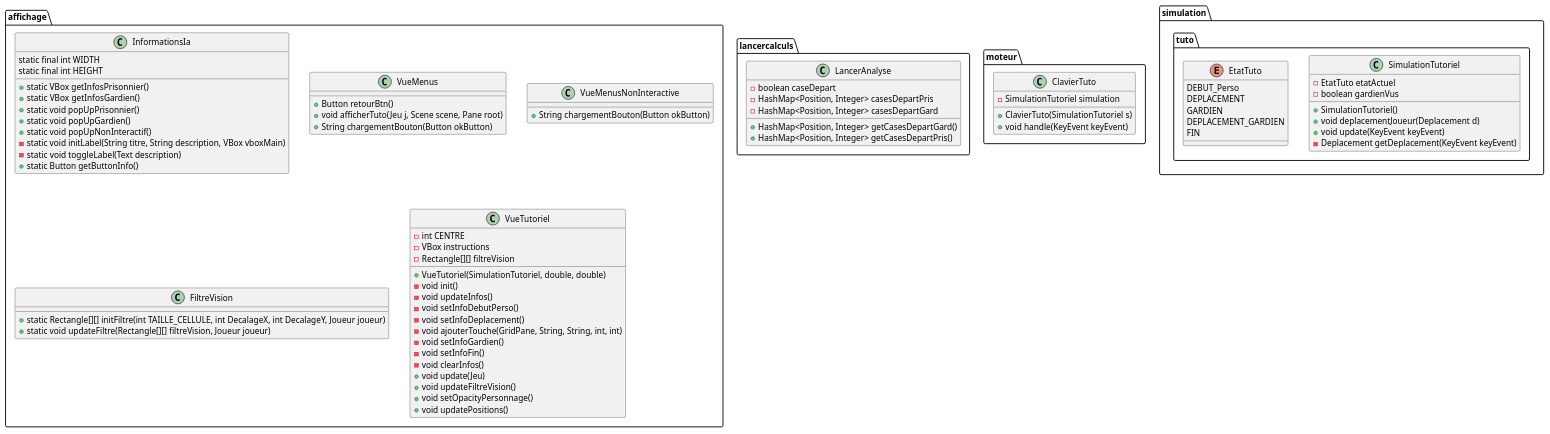
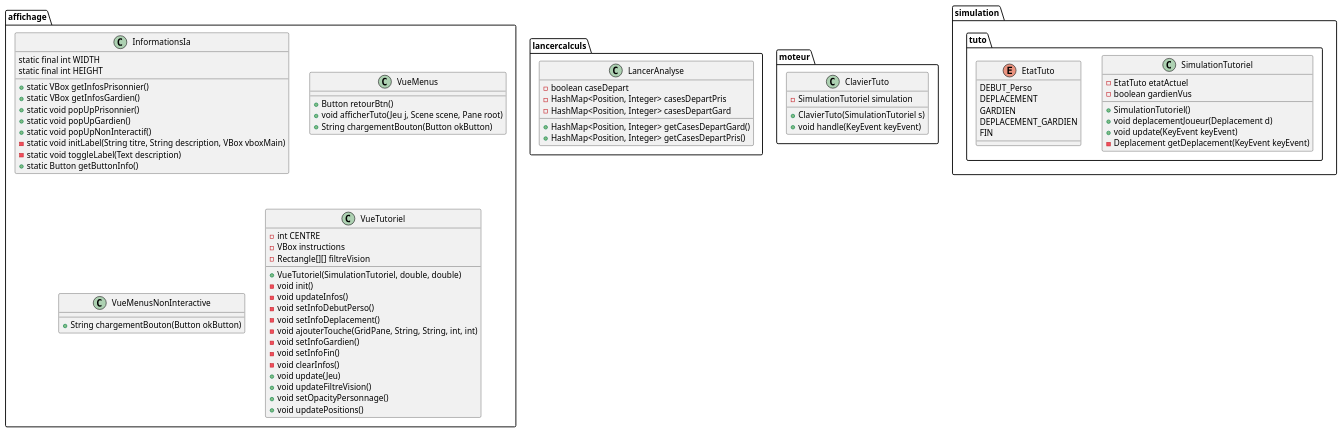
One commit to celie-ponroy/projet_tutore_amaglio_bitsindou_dechezlepretre_ponroy_RAIL2 changed the diagram in projet_tut_poursuite-evasion/code_diag_class/diagClassPart5.puml. Above: the diagram before and after it, drawn with PlantUML. The commit also changed 48 other files, not shown here.

```diff
--- a/projet_tut_poursuite-evasion/code_diag_class/diagClassPart5.puml
+++ b/projet_tut_poursuite-evasion/code_diag_class/diagClassPart5.puml
@@ -1,88 +1,83 @@
 @startuml
 package "affichage"{
     class InformationsIa {
         static final int WIDTH
         static final int HEIGHT
         
         +static VBox getInfosPrisonnier()
         +static VBox getInfosGardien()
         +static void popUpPrisonnier()
         +static void popUpGardien()
         +static void popUpNonInteractif()
         -static void initLabel(String titre, String description, VBox vboxMain)
         -static void toggleLabel(Text description)
         +static Button getButtonInfo()
     }
     
     class VueMenus {
         + Button retourBtn()
         + void afficherTuto(Jeu j, Scene scene, Pane root)
         + String chargementBouton(Button okButton)
     }
     
     class VueMenusNonInteractive {
         + String chargementBouton(Button okButton) 
-    }
-    
-    class FiltreVision {
-        + static Rectangle[][] initFiltre(int TAILLE_CELLULE, int DecalageX, int DecalageY, Joueur joueur)
-        + static void updateFiltre(Rectangle[][] filtreVision, Joueur joueur)
     }
 
     class VueTutoriel {
         - int CENTRE
         - VBox instructions
         - Rectangle[][] filtreVision
         + VueTutoriel(SimulationTutoriel, double, double)
         - void init()
         - void updateInfos()
         - void setInfoDebutPerso()
         - void setInfoDeplacement()
         - void ajouterTouche(GridPane, String, String, int, int)
         - void setInfoGardien()
         - void setInfoFin()
         - void clearInfos()
         + void update(Jeu)
         + void updateFiltreVision()
         + void setOpacityPersonnage()
         + void updatePositions()
     }
 }
 package lancercalculs{
     class LancerAnalyse {
         - boolean caseDepart
         - HashMap<Position, Integer> casesDepartPris
         - HashMap<Position, Integer> casesDepartGard
         + HashMap<Position, Integer> getCasesDepartGard()
         + HashMap<Position, Integer> getCasesDepartPris()
     }
     
 }
 
 package moteur {
     class ClavierTuto {
         - SimulationTutoriel simulation
         + ClavierTuto(SimulationTutoriel s)
         + void handle(KeyEvent keyEvent)
     }
 }
 
 package simulation.tuto {
     class SimulationTutoriel {
         - EtatTuto etatActuel
         - boolean gardienVus
         + SimulationTutoriel()
         + void deplacementJoueur(Deplacement d)
         + void update(KeyEvent keyEvent)
         - Deplacement getDeplacement(KeyEvent keyEvent)
     }
 
     enum EtatTuto {
         DEBUT_Perso
         DEPLACEMENT
         GARDIEN
         DEPLACEMENT_GARDIEN
         FIN
     }
 }
 @enduml
```
